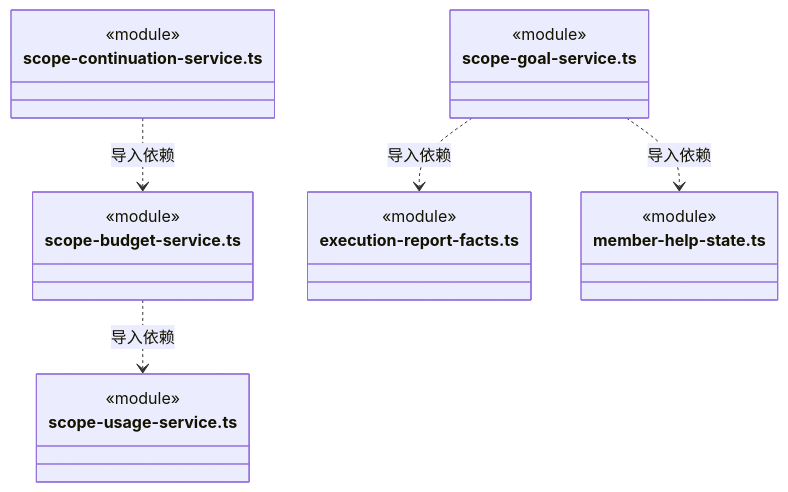
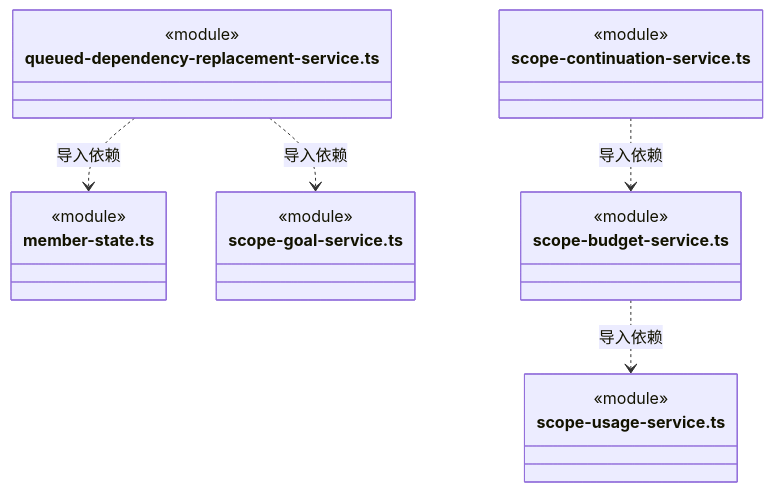
Before and after one commit to nan023062/cbim: diagram 46 of 52 in src/backend/scheduler-engine/execution/ARCHITECTURE.md, drawn with Mermaid. The commit also changed other lines of this file and 56 other files, not shown here.

````diff
--- a/src/backend/scheduler-engine/execution/ARCHITECTURE.md
+++ b/src/backend/scheduler-engine/execution/ARCHITECTURE.md
@@ -1217,25 +1249,25 @@
 ```mermaid
 classDiagram
+class N_src_backend_scheduler_engine_execution_queued_dependency_replacement_service_ts["queued-dependency-replacement-service.ts"] {
+  <<module>>
+}
+class N_src_backend_scheduler_engine_execution_member_state_ts["member-state.ts"] {
+  <<module>>
+}
+class N_src_backend_scheduler_engine_execution_scope_goal_service_ts["scope-goal-service.ts"] {
+  <<module>>
+}
 class N_src_backend_scheduler_engine_execution_scope_budget_service_ts["scope-budget-service.ts"] {
   <<module>>
 }
 class N_src_backend_scheduler_engine_execution_scope_usage_service_ts["scope-usage-service.ts"] {
   <<module>>
 }
 class N_src_backend_scheduler_engine_execution_scope_continuation_service_ts["scope-continuation-service.ts"] {
   <<module>>
 }
-class N_src_backend_scheduler_engine_execution_scope_goal_service_ts["scope-goal-service.ts"] {
-  <<module>>
-}
-class N_src_backend_scheduler_engine_execution_execution_report_facts_ts["execution-report-facts.ts"] {
-  <<module>>
-}
-class N_src_backend_scheduler_engine_execution_member_help_state_ts["member-help-state.ts"] {
-  <<module>>
-}
+N_src_backend_scheduler_engine_execution_queued_dependency_replacement_service_ts ..> N_src_backend_scheduler_engine_execution_member_state_ts : 导入依赖
+N_src_backend_scheduler_engine_execution_queued_dependency_replacement_service_ts ..> N_src_backend_scheduler_engine_execution_scope_goal_service_ts : 导入依赖
 N_src_backend_scheduler_engine_execution_scope_budget_service_ts ..> N_src_backend_scheduler_engine_execution_scope_usage_service_ts : 导入依赖
 N_src_backend_scheduler_engine_execution_scope_continuation_service_ts ..> N_src_backend_scheduler_engine_execution_scope_budget_service_ts : 导入依赖
-N_src_backend_scheduler_engine_execution_scope_goal_service_ts ..> N_src_backend_scheduler_engine_execution_execution_report_facts_ts : 导入依赖
-N_src_backend_scheduler_engine_execution_scope_goal_service_ts ..> N_src_backend_scheduler_engine_execution_member_help_state_ts : 导入依赖
 ```
````
